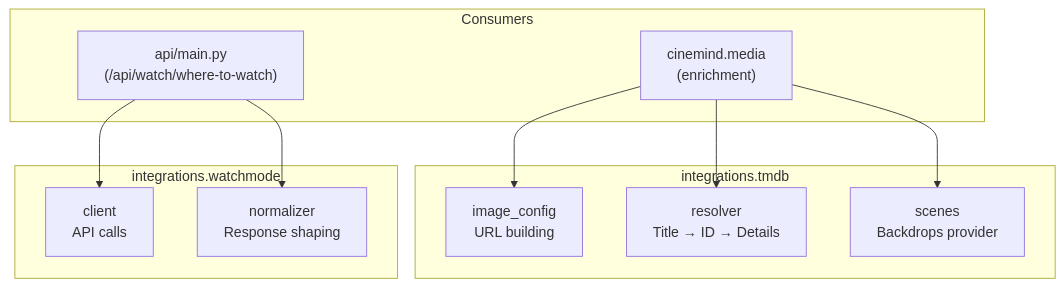
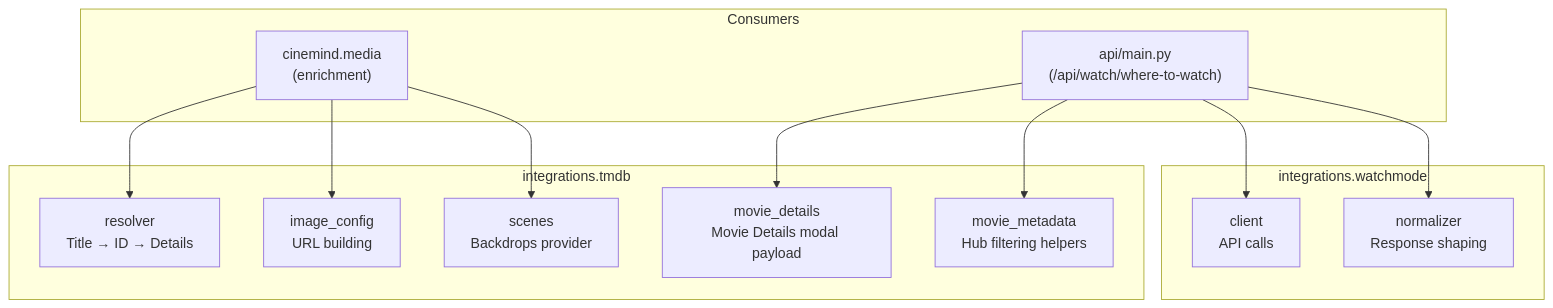
Before and after one commit to mayad123/movieAgent: the first of 7 diagrams in docs/features/integrations/EXTERNAL_INTEGRATIONS.md, drawn with Mermaid. The commit also changed other lines of this file and 128 other files, not shown here.

````diff
--- a/docs/features/integrations/EXTERNAL_INTEGRATIONS.md
+++ b/docs/features/integrations/EXTERNAL_INTEGRATIONS.md
@@ -49,24 +55,28 @@
 ```mermaid
 flowchart TD
     subgraph Consumers
         MEDIA["cinemind.media<br/>(enrichment)"]
         API["api/main.py<br/>(/api/watch/where-to-watch)"]
     end
 
     subgraph TMDB["integrations.tmdb"]
         IMG["image_config<br/>URL building"]
         RES["resolver<br/>Title → ID → Details"]
         SCN["scenes<br/>Backdrops provider"]
+        MD["movie_details<br/>Movie Details modal payload"]
+        META["movie_metadata<br/>Hub filtering helpers"]
     end
 
     subgraph WM["integrations.watchmode"]
         CLI["client<br/>API calls"]
         NORM["normalizer<br/>Response shaping"]
     end
 
     MEDIA --> RES
     MEDIA --> IMG
     MEDIA --> SCN
+    API --> MD
+    API --> META
     API --> CLI
     API --> NORM
 ```
````
